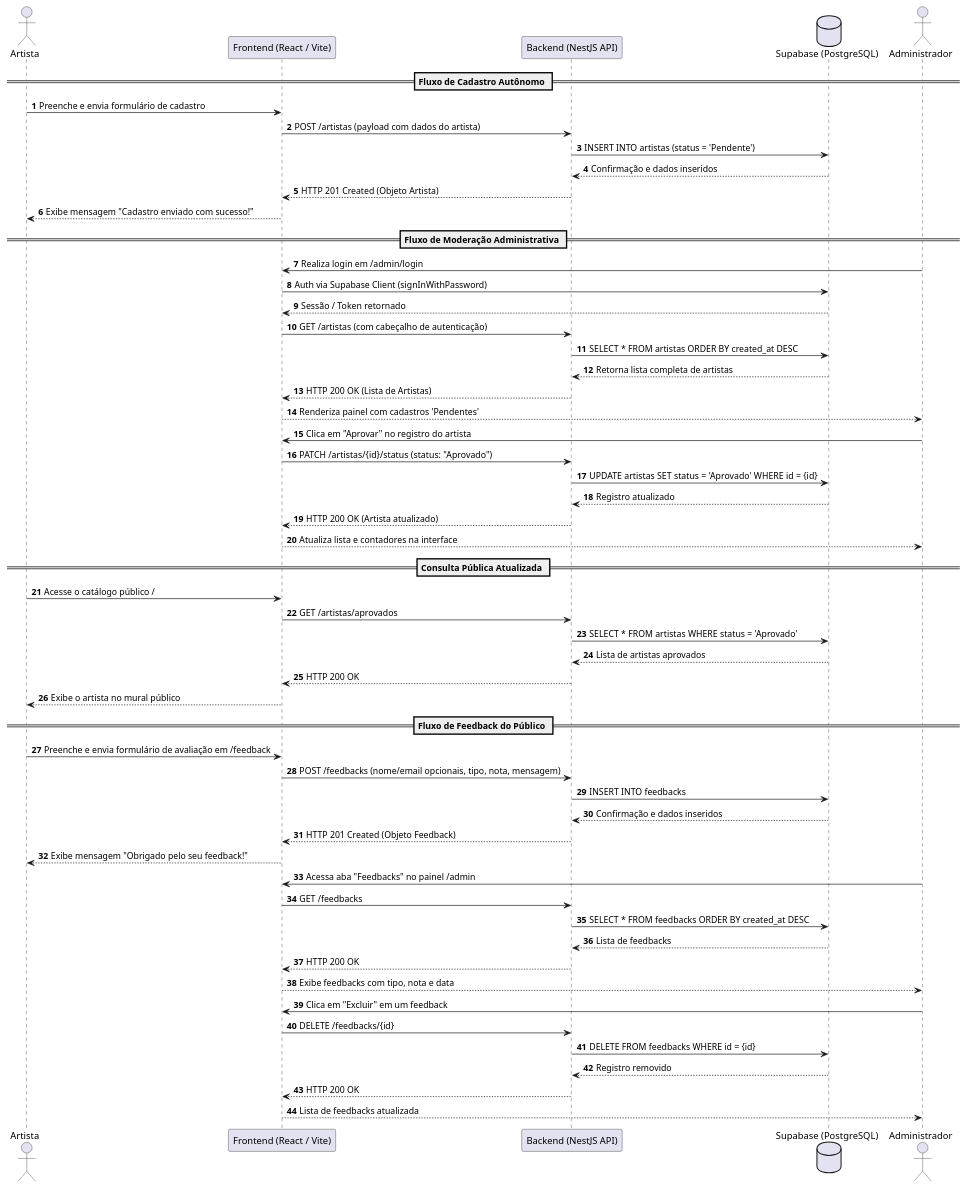
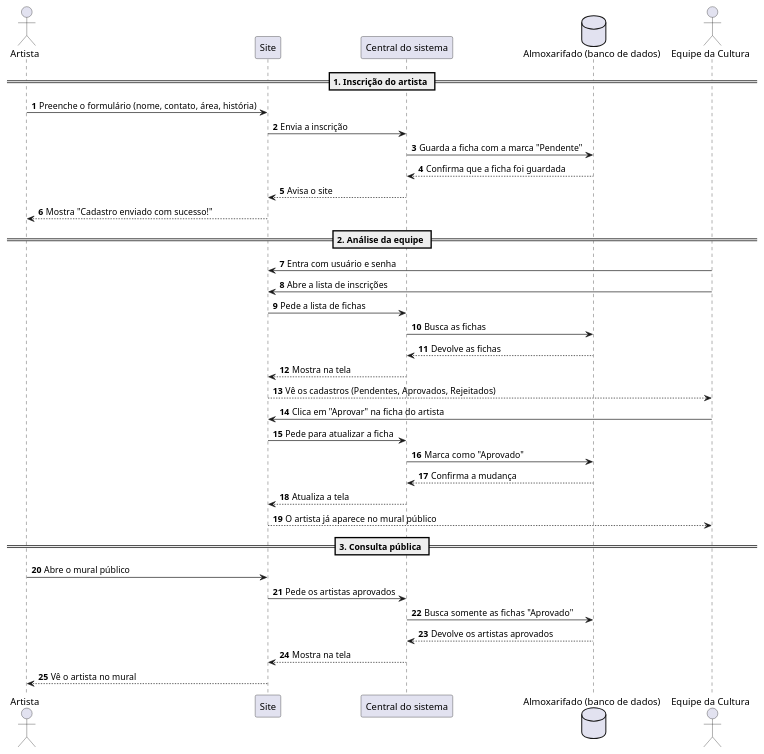
Before and after one commit to heduardowitkoski/cadastroDeArtistas: the third of 5 diagrams in DIAGRAMAS_UML.md, drawn with PlantUML. The commit also changed other lines of this file and 1 other file, not shown here.

Commit message:
docs: tornar diagramas mais ilustrativos e com linguagem acessivel

````diff
--- a/DIAGRAMAS_UML.md
+++ b/DIAGRAMAS_UML.md
@@ -143,67 +105,44 @@
 ```plantuml
 @startuml Diagrama_de_Sequencia
 autonumber
 skinparam shadowing false
 
 actor "Artista" as Artista
-participant "Frontend (React / Vite)" as Front
-participant "Backend (NestJS API)" as Back
-database "Supabase (PostgreSQL)" as DB
-actor "Administrador" as Admin
+participant "Site" as Front
+participant "Central do sistema" as Back
+database "Almoxarifado (banco de dados)" as DB
+actor "Equipe da Cultura" as Admin
 
-== Fluxo de Cadastro Autônomo ==
-Artista -> Front: Preenche e envia formulário de cadastro
-Front -> Back: POST /artistas (payload com dados do artista)
-Back -> DB: INSERT INTO artistas (status = 'Pendente')
-DB --> Back: Confirmação e dados inseridos
-Back --> Front: HTTP 201 Created (Objeto Artista)
-Front --> Artista: Exibe mensagem "Cadastro enviado com sucesso!"
+== 1. Inscrição do artista ==
+Artista -> Front: Preenche o formulário (nome, contato, área, história)
+Front -> Back: Envia a inscrição
+Back -> DB: Guarda a ficha com a marca "Pendente"
+DB --> Back: Confirma que a ficha foi guardada
+Back --> Front: Avisa o site
+Front --> Artista: Mostra "Cadastro enviado com sucesso!"
 
-== Fluxo de Moderação Administrativa ==
-Admin -> Front: Realiza login em /admin/login
-Front -> DB: Auth via Supabase Client (signInWithPassword)
-DB --> Front: Sessão / Token retornado
-Front -> Back: GET /artistas (com cabeçalho de autenticação)
-Back -> DB: SELECT * FROM artistas ORDER BY created_at DESC
-DB --> Back: Retorna lista completa de artistas
-Back --> Front: HTTP 200 OK (Lista de Artistas)
-Front --> Admin: Renderiza painel com cadastros 'Pendentes'
+== 2. Análise da equipe ==
+Admin -> Front: Entra com usuário e senha
+Admin -> Front: Abre a lista de inscrições
+Front -> Back: Pede a lista de fichas
+Back -> DB: Busca as fichas
+DB --> Back: Devolve as fichas
+Back --> Front: Mostra na tela
+Front --> Admin: Vê os cadastros (Pendentes, Aprovados, Rejeitados)
 
-Admin -> Front: Clica em "Aprovar" no registro do artista
-Front -> Back: PATCH /artistas/{id}/status (status: "Aprovado")
-Back -> DB: UPDATE artistas SET status = 'Aprovado' WHERE id = {id}
-DB --> Back: Registro atualizado
-Back --> Front: HTTP 200 OK (Artista atualizado)
-Front --> Admin: Atualiza lista e contadores na interface
+Admin -> Front: Clica em "Aprovar" na ficha do artista
+Front -> Back: Pede para atualizar a ficha
+Back -> DB: Marca como "Aprovado"
+DB --> Back: Confirma a mudança
+Back --> Front: Atualiza a tela
+Front --> Admin: O artista já aparece no mural público
 
-== Consulta Pública Atualizada ==
-Artista -> Front: Acesse o catálogo público /
-Front -> Back: GET /artistas/aprovados
-Back -> DB: SELECT * FROM artistas WHERE status = 'Aprovado'
-DB --> Back: Lista de artistas aprovados
-Back --> Front: HTTP 200 OK
-Front --> Artista: Exibe o artista no mural público
-
-== Fluxo de Feedback do Público ==
-Artista -> Front: Preenche e envia formulário de avaliação em /feedback
-Front -> Back: POST /feedbacks (nome/email opcionais, tipo, nota, mensagem)
-Back -> DB: INSERT INTO feedbacks
-DB --> Back: Confirmação e dados inseridos
-Back --> Front: HTTP 201 Created (Objeto Feedback)
-Front --> Artista: Exibe mensagem "Obrigado pelo seu feedback!"
-
-Admin -> Front: Acessa aba "Feedbacks" no painel /admin
-Front -> Back: GET /feedbacks
-Back -> DB: SELECT * FROM feedbacks ORDER BY created_at DESC
-DB --> Back: Lista de feedbacks
-Back --> Front: HTTP 200 OK
-Front --> Admin: Exibe feedbacks com tipo, nota e data
-
-Admin -> Front: Clica em "Excluir" em um feedback
-Front -> Back: DELETE /feedbacks/{id}
-Back -> DB: DELETE FROM feedbacks WHERE id = {id}
-DB --> Back: Registro removido
-Back --> Front: HTTP 200 OK
-Front --> Admin: Lista de feedbacks atualizada
+== 3. Consulta pública ==
+Artista -> Front: Abre o mural público
+Front -> Back: Pede os artistas aprovados
+Back -> DB: Busca somente as fichas "Aprovado"
+DB --> Back: Devolve os artistas aprovados
+Back --> Front: Mostra na tela
+Front --> Artista: Vê o artista no mural
 @enduml
 ```
````
